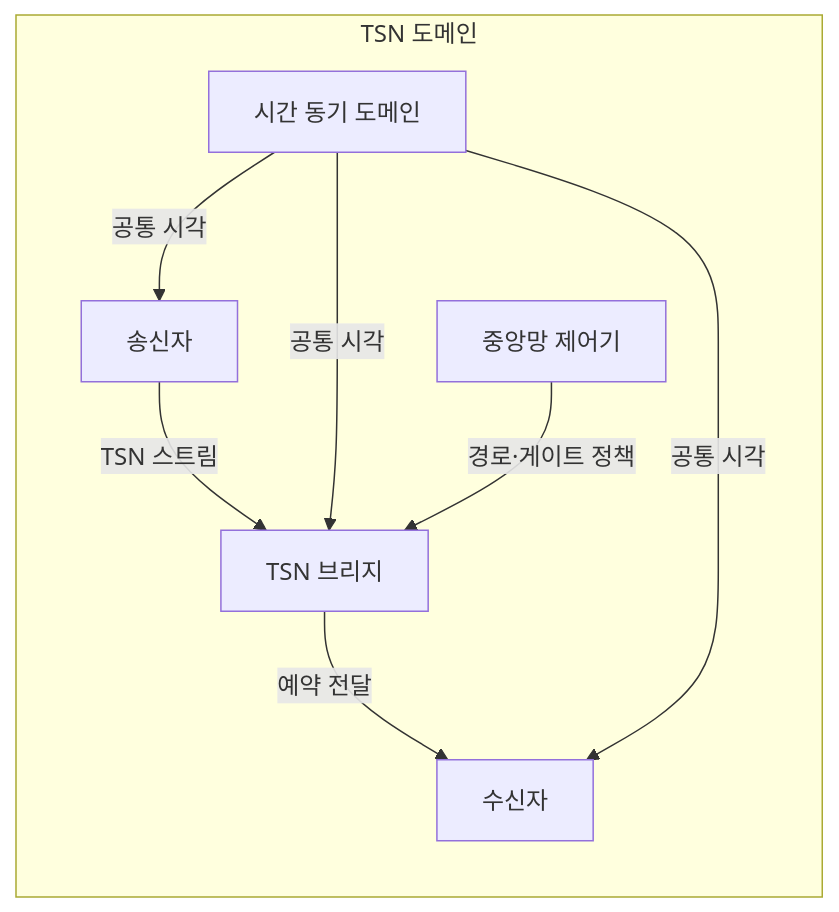
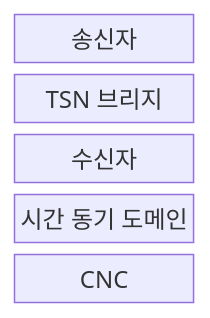
Before and after one commit to agnusdei1207/knowledge-base: the first of 2 diagrams in src/content/docs/notes/04-network/083_time_sensitive_networking.md, drawn with Mermaid. The commit also changed other lines of this file and 11 other files, not shown here.

````diff
--- a/src/content/docs/notes/04-network/083_time_sensitive_networking.md
+++ b/src/content/docs/notes/04-network/083_time_sensitive_networking.md
@@ -54,11 +55,9 @@
 ```mermaid
-flowchart LR
-    subgraph T[TSN 도메인]
-        A["송신자"] -->|TSN 스트림| B["TSN 브리지"]
-        B -->|예약 전달| C["수신자"]
-        D["시간 동기 도메인"] -->|공통 시각| A
-        D -->|공통 시각| B
-        D -->|공통 시각| C
-        E["중앙망 제어기"] -->|경로·게이트 정책| B
-    end
+block-beta
+    columns 1
+    TALKER["송신자"]
+    BRIDGE["TSN 브리지"]
+    LISTENER["수신자"]
+    TIME["시간 동기 도메인"]
+    CNC["CNC"]
 ```
````
